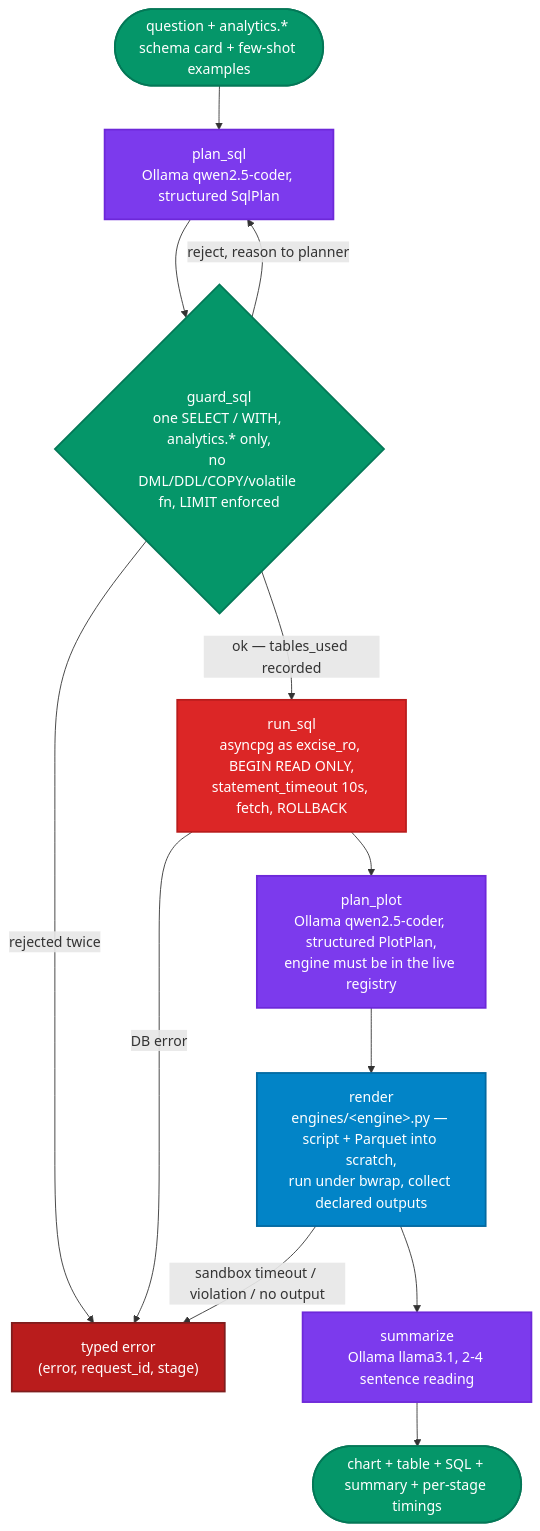
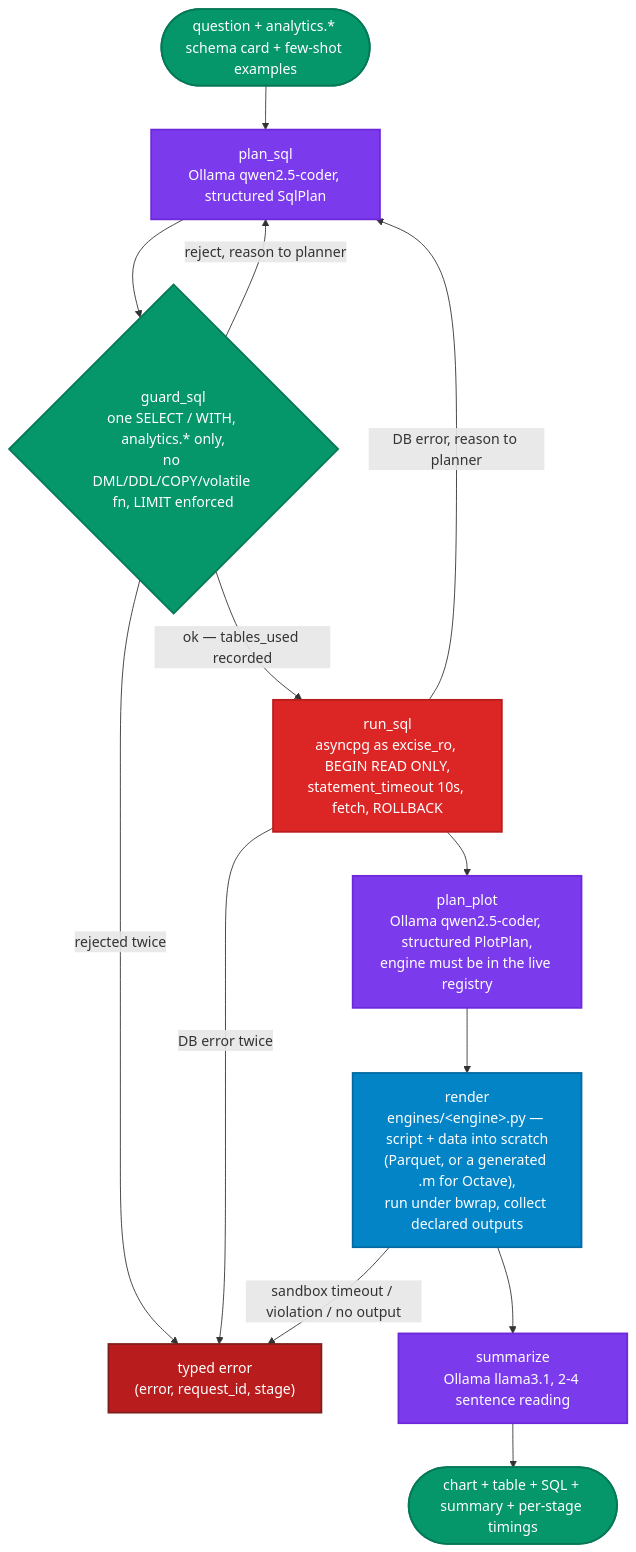
One commit to SubhanRaj/excise-mcp-dashboard changed the first of 4 diagrams in MCP_ENGINES.md. Above: the diagram before and after it, drawn with Mermaid. The commit also changed other lines of this file and 8 other files, not shown here.

````diff
--- a/MCP_ENGINES.md
+++ b/MCP_ENGINES.md
@@ -113,27 +134,28 @@
 ```mermaid
 flowchart TD
     classDef app fill:#059669,stroke:#047857,stroke-width:2px,color:#fff
     classDef ai fill:#7c3aed,stroke:#6d28d9,stroke-width:2px,color:#fff
     classDef viz fill:#0284c7,stroke:#0369a1,stroke-width:2px,color:#fff
     classDef db fill:#dc2626,stroke:#b91c1c,stroke-width:2px,color:#fff
     classDef err fill:#b91c1c,stroke:#7f1d1d,stroke-width:2px,color:#fff
 
     Q(["question + analytics.* schema card + few-shot examples"]):::app
     P1["plan_sql<br/>Ollama qwen2.5-coder, structured SqlPlan"]:::ai
     G{"guard_sql<br/>one SELECT / WITH, analytics.* only,<br/>no DML/DDL/COPY/volatile fn, LIMIT enforced"}:::app
     RS["run_sql<br/>asyncpg as excise_ro, BEGIN READ ONLY,<br/>statement_timeout 10s, fetch, ROLLBACK"]:::db
     P2["plan_plot<br/>Ollama qwen2.5-coder, structured PlotPlan,<br/>engine must be in the live registry"]:::ai
-    R["render<br/>engines/&lt;engine&gt;.py — script + Parquet into scratch,<br/>run under bwrap, collect declared outputs"]:::viz
+    R["render<br/>engines/&lt;engine&gt;.py — script + data into scratch<br/>(Parquet, or a generated .m for Octave),<br/>run under bwrap, collect declared outputs"]:::viz
     S["summarize<br/>Ollama llama3.1, 2-4 sentence reading"]:::ai
     Out(["chart + table + SQL + summary + per-stage timings"]):::app
     Err["typed error<br/>(error, request_id, stage)"]:::err
 
     Q --> P1 --> G
     G -->|reject, reason to planner| P1
     G -->|rejected twice| Err
     G -->|ok — tables_used recorded| RS
-    RS -->|DB error| Err
+    RS -->|DB error, reason to planner| P1
+    RS -->|DB error twice| Err
     RS --> P2 --> R
     R -->|sandbox timeout / violation / no output| Err
     R --> S --> Out
 ```
````
